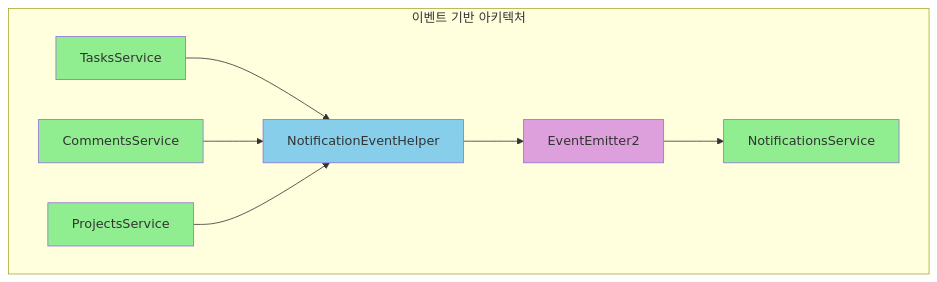
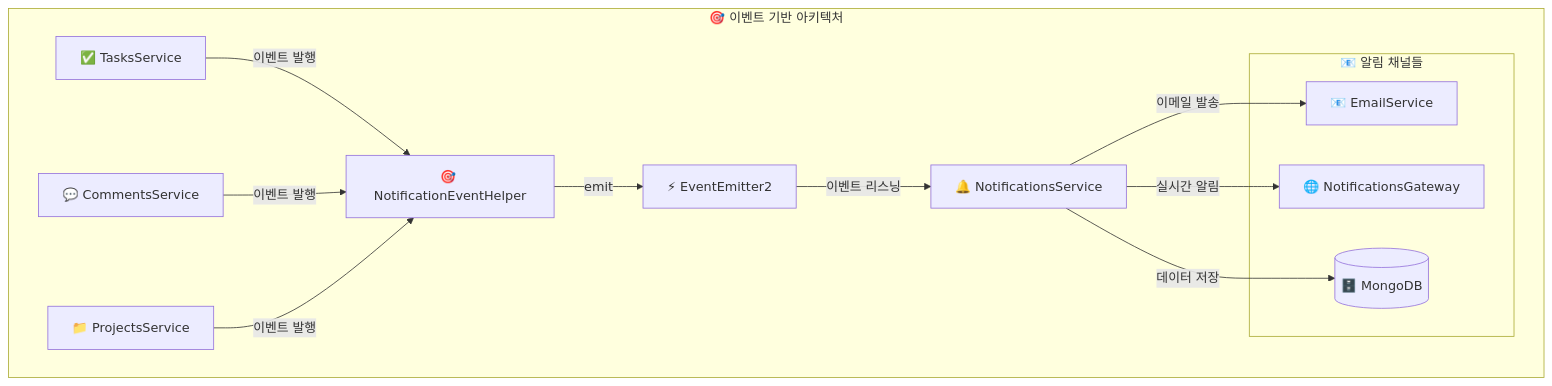
Before and after one commit to wukdddang/NestJS_Learning_Repository: the first of 2 diagrams in task-manager/src/EVENT_DRIVEN_ARCHITECTURE.md, drawn with Mermaid. The commit also changed other lines of this file and 3 other files, not shown here.

Commit message:
Feat: Task Manager API 문서 및 ERD 업데이트 - Postman Collection 파일 추가: Task Manager API의 모든 엔드포인트 및 요청/응답 예시 포함 - ERD 파일에 이모지 추가 및 설명 개선 - 이벤트 기반 아키텍처 관련 문서 업데이트 및 테스트 가이드라인 추가

````diff
--- a/task-manager/src/EVENT_DRIVEN_ARCHITECTURE.md
+++ b/task-manager/src/EVENT_DRIVEN_ARCHITECTURE.md
@@ -139,24 +161,26 @@
 ```mermaid
 graph TB
-    subgraph "이벤트 기반 아키텍처"
-        TS[TasksService]
-        CS[CommentsService]
-        PS[ProjectsService]
-        NS[NotificationsService]
-        NEH[NotificationEventHelper]
-        EE[EventEmitter2]
+    subgraph "🎯 이벤트 기반 아키텍처"
+        TS["✅ TasksService"]
+        CS["💬 CommentsService"]
+        PS["📁 ProjectsService"]
+        NS["🔔 NotificationsService"]
+        NEH["🎯 NotificationEventHelper"]
+        EE["⚡ EventEmitter2"]
 
-        TS --> NEH
-        CS --> NEH
-        PS --> NEH
-        NEH --> EE
-        EE --> NS
+        subgraph "📧 알림 채널들"
+            EMAIL["📧 EmailService"]
+            WS["🌐 NotificationsGateway"]
+            DB[("🗄️ MongoDB")]
+        end
     end
 
-    style TS fill:#90EE90
-    style CS fill:#90EE90
-    style PS fill:#90EE90
-    style NS fill:#90EE90
-    style NEH fill:#87CEEB
-    style EE fill:#DDA0DD
+    TS -->|"이벤트 발행"| NEH
+    CS -->|"이벤트 발행"| NEH
+    PS -->|"이벤트 발행"| NEH
+    NEH -->|"emit"| EE
+    EE -->|"이벤트 리스닝"| NS
+    NS -->|"이메일 발송"| EMAIL
+    NS -->|"실시간 알림"| WS
+    NS -->|"데이터 저장"| DB
 ```
````
